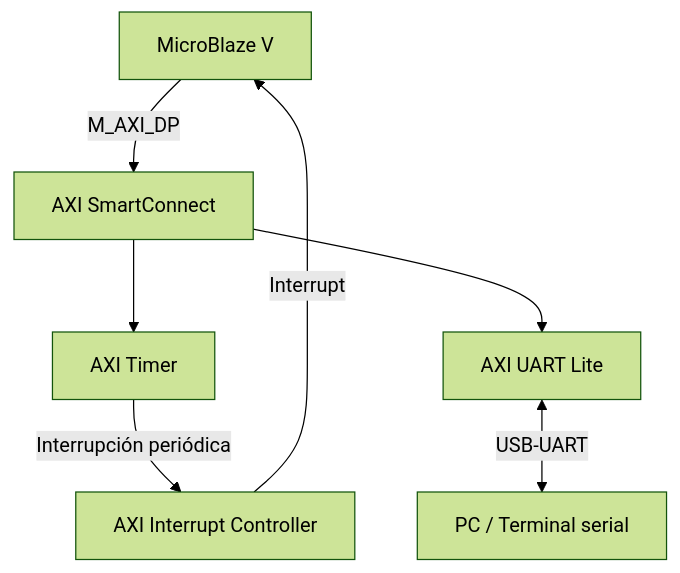
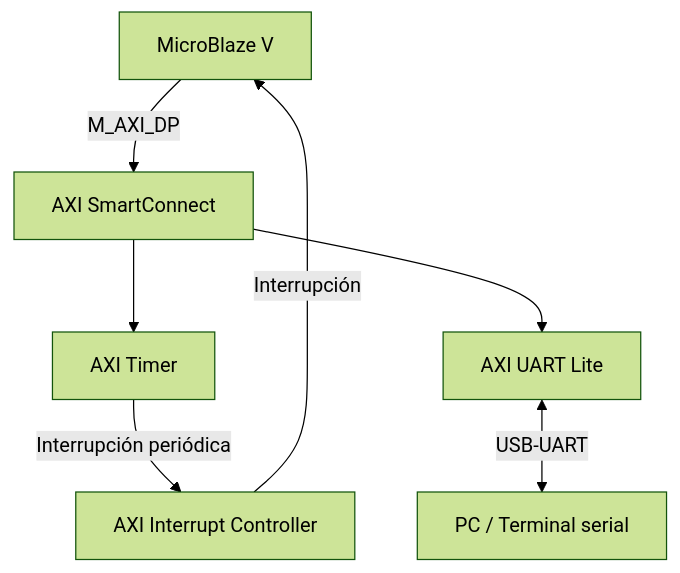
One commit to ee-herrerar/EL3313-Proyecto-4 changed the third of 3 diagrams in docs/diseno/diseno.md. Above: the diagram before and after it, drawn with Mermaid (forest theme). The commit also changed other lines of this file, not shown here.

````diff
--- a/docs/diseno/diseno.md
+++ b/docs/diseno/diseno.md
@@ -133,16 +150,16 @@
 ```mermaid
 flowchart TD
     MB["MicroBlaze V"]
     AXI["AXI SmartConnect"]
     TIMER["AXI Timer"]
     UART["AXI UART Lite"]
     PC["PC / Terminal serial"]
     INT["AXI Interrupt Controller"]
 
     MB -->|M_AXI_DP| AXI
     AXI --> TIMER
     AXI --> UART
     UART <-->|USB-UART| PC
     TIMER -->|Interrupción periódica| INT
-    INT -->|Interrupt| MB
+    INT -->|Interrupción| MB
 ```
````
